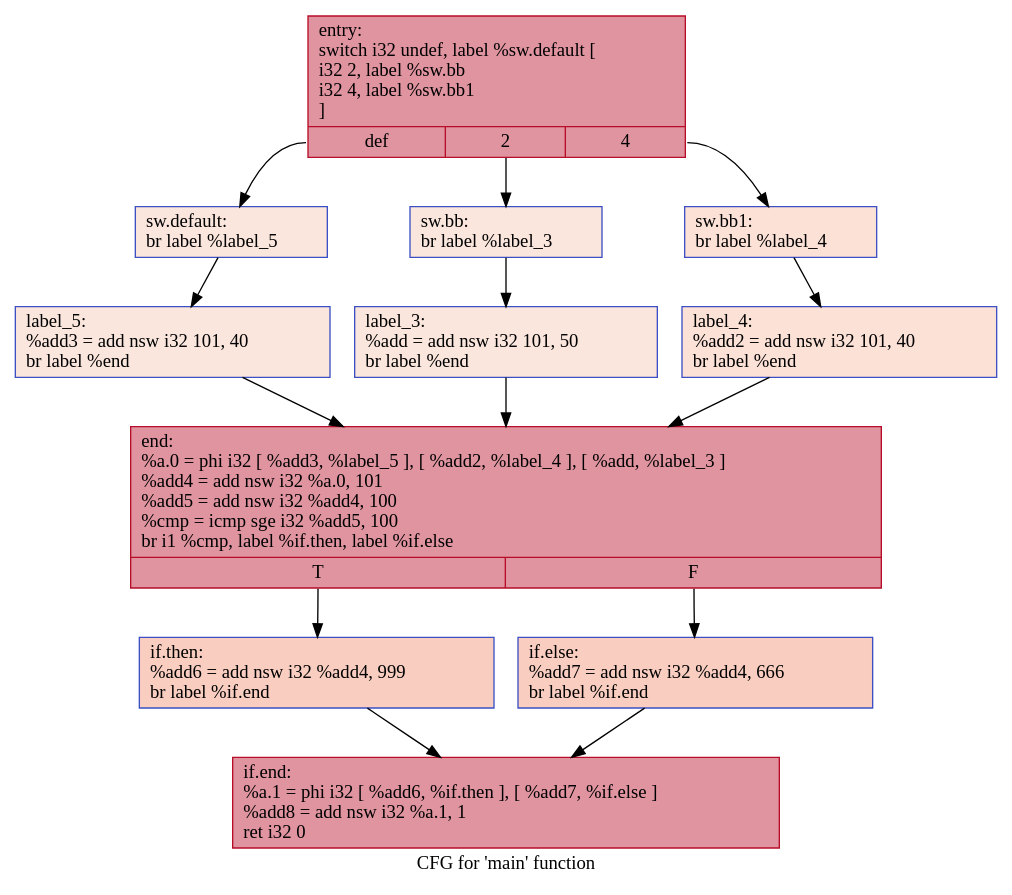
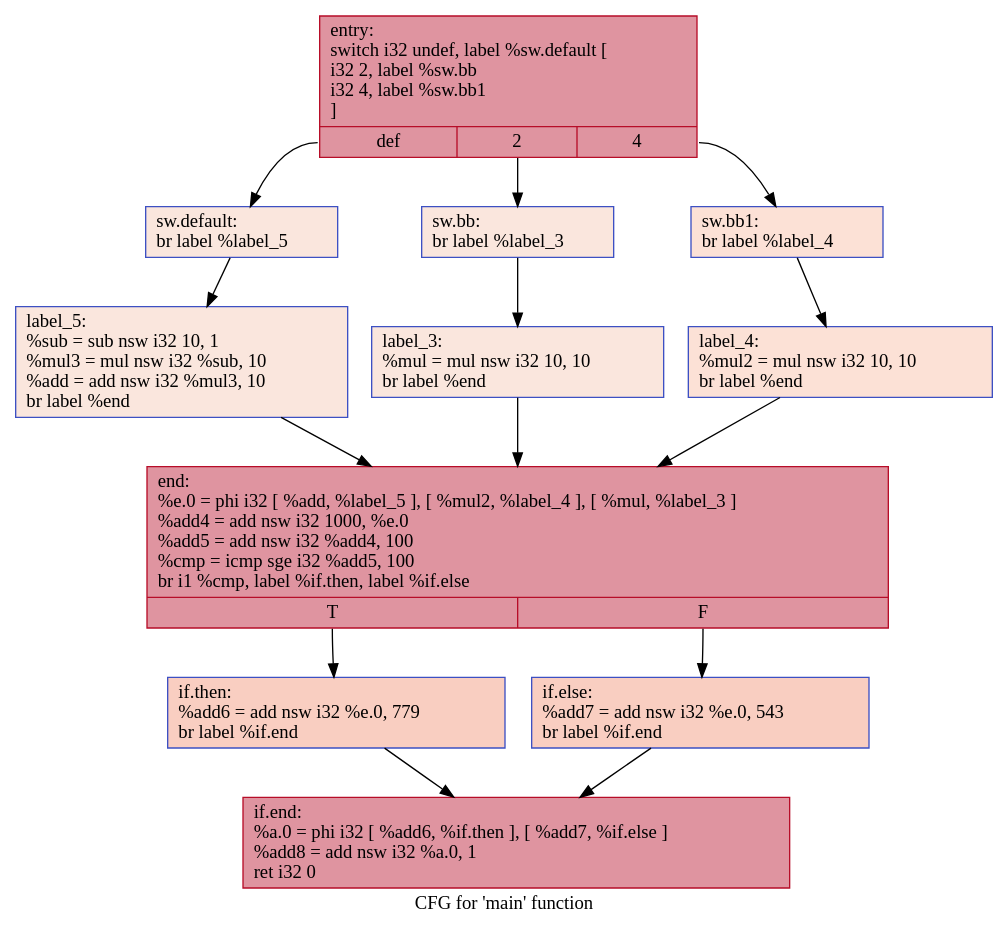
The diagram in IR/cfg/baseline.dot (HPSSA-LLVM/HPSSA-LLVM), drawn with Graphviz before and after one commit. The commit also changed 35 other files, not shown here.

```diff
--- a/IR/cfg/baseline.dot
+++ b/IR/cfg/baseline.dot
@@ -1,28 +1,28 @@
 digraph "CFG for 'main' function" {
 	label="CFG for 'main' function";
 
-	Node0x55ea3632d850 [shape=record,color="#b70d28ff", style=filled, fillcolor="#b70d2870",label="{entry:\l  switch i32 undef, label %sw.default [\l    i32 2, label %sw.bb\l    i32 4, label %sw.bb1\l  ]\l|{<s0>def|<s1>2|<s2>4}}"];
-	Node0x55ea3632d850:s0 -> Node0x55ea3632ddb0;
-	Node0x55ea3632d850:s1 -> Node0x55ea3632de30;
-	Node0x55ea3632d850:s2 -> Node0x55ea3632ded0;
-	Node0x55ea3632de30 [shape=record,color="#3d50c3ff", style=filled, fillcolor="#f3c7b170",label="{sw.bb:                                            \l  br label %label_3\l}"];
-	Node0x55ea3632de30 -> Node0x55ea3632e060;
-	Node0x55ea3632ded0 [shape=record,color="#3d50c3ff", style=filled, fillcolor="#f7bca170",label="{sw.bb1:                                           \l  br label %label_4\l}"];
-	Node0x55ea3632ded0 -> Node0x55ea3632e140;
-	Node0x55ea3632ddb0 [shape=record,color="#3d50c3ff", style=filled, fillcolor="#f3c7b170",label="{sw.default:                                       \l  br label %label_5\l}"];
-	Node0x55ea3632ddb0 -> Node0x55ea3632e220;
-	Node0x55ea3632e060 [shape=record,color="#3d50c3ff", style=filled, fillcolor="#f3c7b170",label="{label_3:                                          \l  %add = add nsw i32 101, 50\l  br label %end\l}"];
-	Node0x55ea3632e060 -> Node0x55ea3632e410;
-	Node0x55ea3632e140 [shape=record,color="#3d50c3ff", style=filled, fillcolor="#f7bca170",label="{label_4:                                          \l  %add2 = add nsw i32 101, 40\l  br label %end\l}"];
-	Node0x55ea3632e140 -> Node0x55ea3632e410;
-	Node0x55ea3632e220 [shape=record,color="#3d50c3ff", style=filled, fillcolor="#f3c7b170",label="{label_5:                                          \l  %add3 = add nsw i32 101, 40\l  br label %end\l}"];
-	Node0x55ea3632e220 -> Node0x55ea3632e410;
-	Node0x55ea3632e410 [shape=record,color="#b70d28ff", style=filled, fillcolor="#b70d2870",label="{end:                                              \l  %a.0 = phi i32 [ %add3, %label_5 ], [ %add2, %label_4 ], [ %add, %label_3 ]\l  %add4 = add nsw i32 %a.0, 101\l  %add5 = add nsw i32 %add4, 100\l  %cmp = icmp sge i32 %add5, 100\l  br i1 %cmp, label %if.then, label %if.else\l|{<s0>T|<s1>F}}"];
-	Node0x55ea3632e410:s0 -> Node0x55ea3632ec30;
-	Node0x55ea3632e410:s1 -> Node0x55ea3632eca0;
-	Node0x55ea3632ec30 [shape=record,color="#3d50c3ff", style=filled, fillcolor="#f2907270",label="{if.then:                                          \l  %add6 = add nsw i32 %add4, 999\l  br label %if.end\l}"];
-	Node0x55ea3632ec30 -> Node0x55ea3632eea0;
-	Node0x55ea3632eca0 [shape=record,color="#3d50c3ff", style=filled, fillcolor="#f2907270",label="{if.else:                                          \l  %add7 = add nsw i32 %add4, 666\l  br label %if.end\l}"];
-	Node0x55ea3632eca0 -> Node0x55ea3632eea0;
-	Node0x55ea3632eea0 [shape=record,color="#b70d28ff", style=filled, fillcolor="#b70d2870",label="{if.end:                                           \l  %a.1 = phi i32 [ %add6, %if.then ], [ %add7, %if.else ]\l  %add8 = add nsw i32 %a.1, 1\l  ret i32 0\l}"];
+	Node0x559b91c5f880 [shape=record,color="#b70d28ff", style=filled, fillcolor="#b70d2870",label="{entry:\l  switch i32 undef, label %sw.default [\l    i32 2, label %sw.bb\l    i32 4, label %sw.bb1\l  ]\l|{<s0>def|<s1>2|<s2>4}}"];
+	Node0x559b91c5f880:s0 -> Node0x559b91c5fde0;
+	Node0x559b91c5f880:s1 -> Node0x559b91c5fe60;
+	Node0x559b91c5f880:s2 -> Node0x559b91c5ff00;
+	Node0x559b91c5fe60 [shape=record,color="#3d50c3ff", style=filled, fillcolor="#f3c7b170",label="{sw.bb:                                            \l  br label %label_3\l}"];
+	Node0x559b91c5fe60 -> Node0x559b91c60090;
+	Node0x559b91c5ff00 [shape=record,color="#3d50c3ff", style=filled, fillcolor="#f7bca170",label="{sw.bb1:                                           \l  br label %label_4\l}"];
+	Node0x559b91c5ff00 -> Node0x559b91c60170;
+	Node0x559b91c5fde0 [shape=record,color="#3d50c3ff", style=filled, fillcolor="#f3c7b170",label="{sw.default:                                       \l  br label %label_5\l}"];
+	Node0x559b91c5fde0 -> Node0x559b91c60250;
+	Node0x559b91c60090 [shape=record,color="#3d50c3ff", style=filled, fillcolor="#f3c7b170",label="{label_3:                                          \l  %mul = mul nsw i32 10, 10\l  br label %end\l}"];
+	Node0x559b91c60090 -> Node0x559b91c60410;
+	Node0x559b91c60170 [shape=record,color="#3d50c3ff", style=filled, fillcolor="#f7bca170",label="{label_4:                                          \l  %mul2 = mul nsw i32 10, 10\l  br label %end\l}"];
+	Node0x559b91c60170 -> Node0x559b91c60410;
+	Node0x559b91c60250 [shape=record,color="#3d50c3ff", style=filled, fillcolor="#f3c7b170",label="{label_5:                                          \l  %sub = sub nsw i32 10, 1\l  %mul3 = mul nsw i32 %sub, 10\l  %add = add nsw i32 %mul3, 10\l  br label %end\l}"];
+	Node0x559b91c60250 -> Node0x559b91c60410;
+	Node0x559b91c60410 [shape=record,color="#b70d28ff", style=filled, fillcolor="#b70d2870",label="{end:                                              \l  %e.0 = phi i32 [ %add, %label_5 ], [ %mul2, %label_4 ], [ %mul, %label_3 ]\l  %add4 = add nsw i32 1000, %e.0\l  %add5 = add nsw i32 %add4, 100\l  %cmp = icmp sge i32 %add5, 100\l  br i1 %cmp, label %if.then, label %if.else\l|{<s0>T|<s1>F}}"];
+	Node0x559b91c60410:s0 -> Node0x559b91c60dc0;
+	Node0x559b91c60410:s1 -> Node0x559b91c60e30;
+	Node0x559b91c60dc0 [shape=record,color="#3d50c3ff", style=filled, fillcolor="#f2907270",label="{if.then:                                          \l  %add6 = add nsw i32 %e.0, 779\l  br label %if.end\l}"];
+	Node0x559b91c60dc0 -> Node0x559b91c61030;
+	Node0x559b91c60e30 [shape=record,color="#3d50c3ff", style=filled, fillcolor="#f2907270",label="{if.else:                                          \l  %add7 = add nsw i32 %e.0, 543\l  br label %if.end\l}"];
+	Node0x559b91c60e30 -> Node0x559b91c61030;
+	Node0x559b91c61030 [shape=record,color="#b70d28ff", style=filled, fillcolor="#b70d2870",label="{if.end:                                           \l  %a.0 = phi i32 [ %add6, %if.then ], [ %add7, %if.else ]\l  %add8 = add nsw i32 %a.0, 1\l  ret i32 0\l}"];
 }
```
